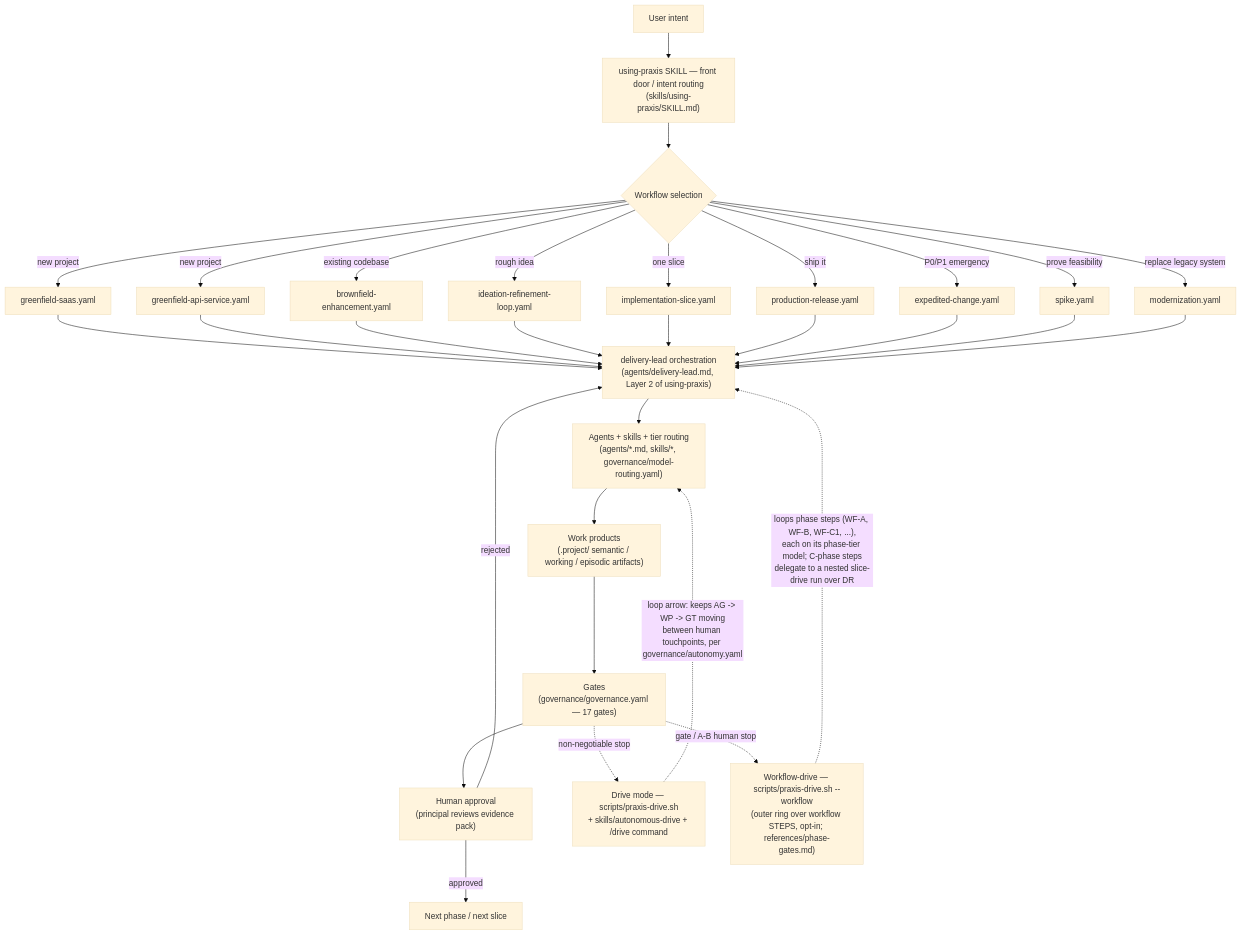
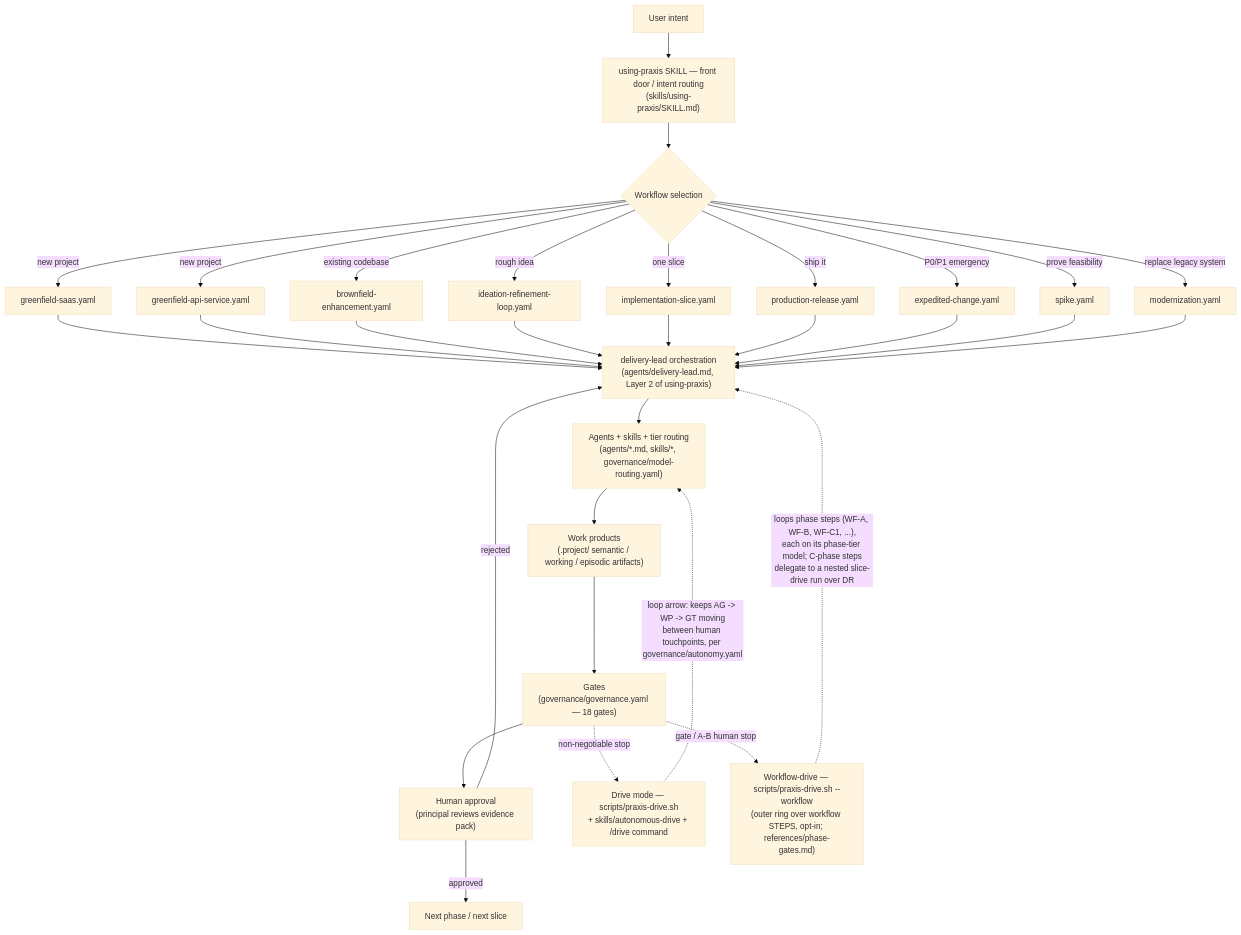
Before and after one commit to jeet129/praxis: the first of 4 diagrams in docs/operating-model.md, drawn with Mermaid (base theme). The commit also changed 19 other files, not shown here.

````diff
--- a/docs/operating-model.md
+++ b/docs/operating-model.md
@@ -12,40 +12,40 @@
 ```mermaid
 flowchart TD
     U[User intent] --> UP["using-praxis SKILL — front door / intent routing<br/>(skills/using-praxis/SKILL.md)"]
     UP --> WF{Workflow selection}
     WF -->|new project| GS[greenfield-saas.yaml]
     WF -->|new project| GA[greenfield-api-service.yaml]
     WF -->|existing codebase| BE[brownfield-enhancement.yaml]
     WF -->|rough idea| IR[ideation-refinement-loop.yaml]
     WF -->|one slice| IS[implementation-slice.yaml]
     WF -->|ship it| PR[production-release.yaml]
     WF -->|P0/P1 emergency| EC[expedited-change.yaml]
     WF -->|prove feasibility| SP[spike.yaml]
     WF -->|replace legacy system| MZ[modernization.yaml]
 
     GS --> DL
     GA --> DL
     BE --> DL
     IR --> DL
     IS --> DL
     PR --> DL
     EC --> DL
     SP --> DL
     MZ --> DL
 
     DL["delivery-lead orchestration<br/>(agents/delivery-lead.md, Layer 2 of using-praxis)"]
     DL --> AG["Agents + skills + tier routing<br/>(agents/*.md, skills/*, governance/model-routing.yaml)"]
     AG --> WP["Work products<br/>(.project/ semantic / working / episodic artifacts)"]
-    WP --> GT["Gates<br/>(governance/governance.yaml — 17 gates)"]
+    WP --> GT["Gates<br/>(governance/governance.yaml — 18 gates)"]
     GT --> HA["Human approval<br/>(principal reviews evidence pack)"]
     HA -->|approved| NEXT[Next phase / next slice]
     HA -->|rejected| DL
 
     DR["Drive mode — scripts/praxis-drive.sh<br/>+ skills/autonomous-drive + /drive command"]
     DR -. "loop arrow: keeps AG -> WP -> GT moving<br/>between human touchpoints, per governance/autonomy.yaml" .-> AG
     GT -. "non-negotiable stop" .-> DR
 
     WD["Workflow-drive — scripts/praxis-drive.sh --workflow<br/>(outer ring over workflow STEPS, opt-in; references/phase-gates.md)"]
     WD -. "loops phase steps (WF-A, WF-B, WF-C1, ...),<br/>each on its phase-tier model; C-phase steps<br/>delegate to a nested slice-drive run over DR" .-> DL
     GT -. "gate / A-B human stop" .-> WD
 ```
````
